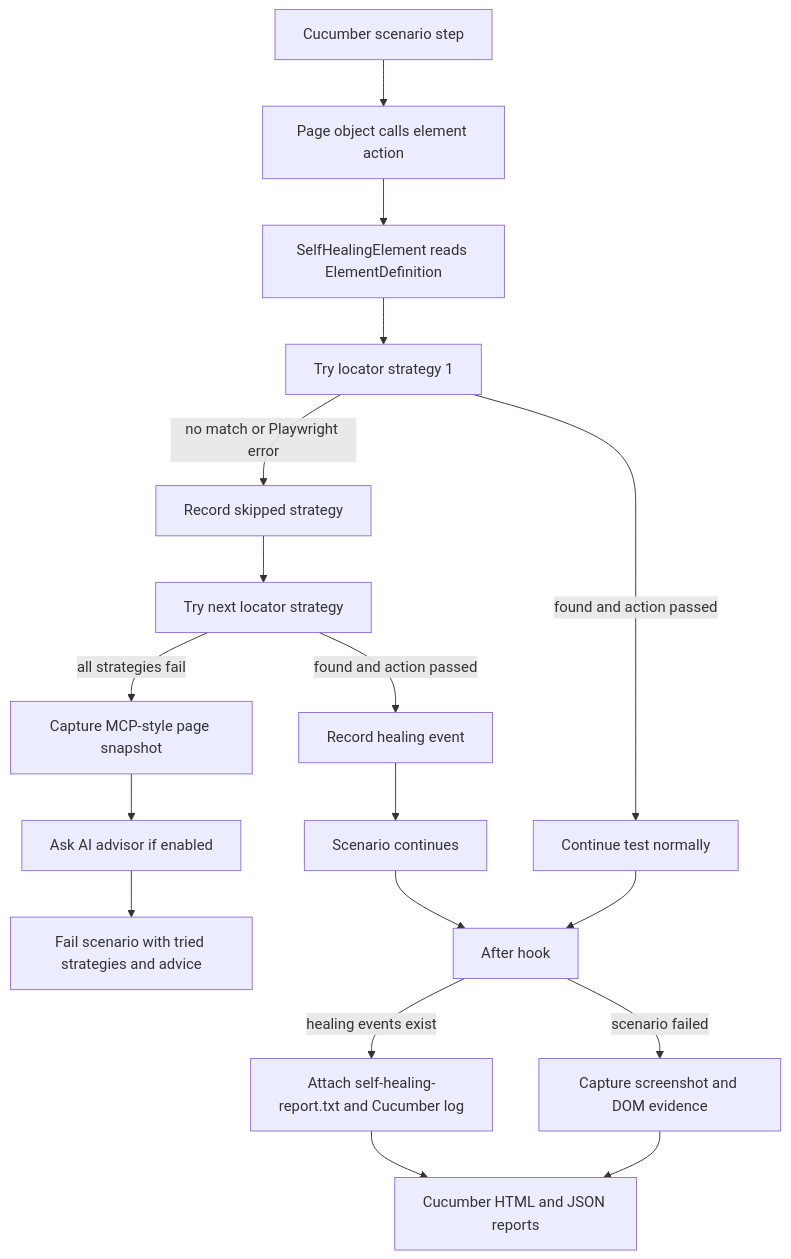
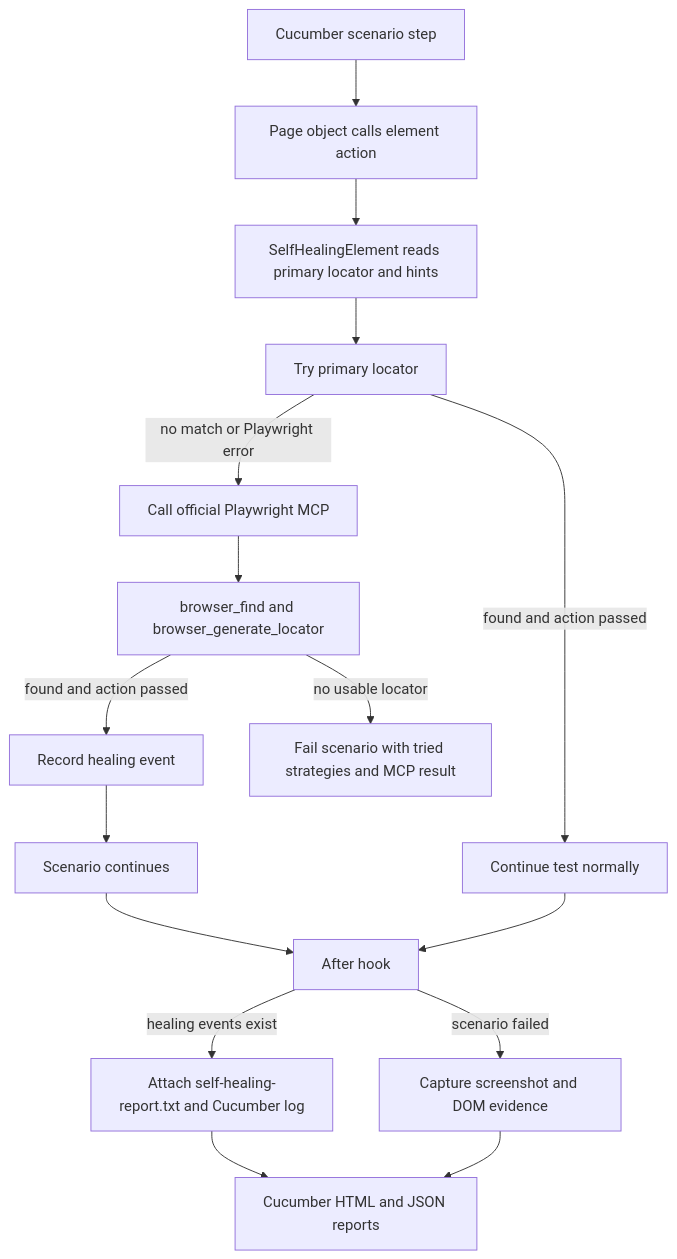
Before and after one commit to karthees05/playwright-self-healing: the first of 2 diagrams in README.md, drawn with Mermaid. The commit also changed other lines of this file and 15 other files, not shown here.

Commit message:
self healing framework using playwright mcp working init

````diff
--- a/README.md
+++ b/README.md
@@ -53,20 +55,18 @@
 ```mermaid
 flowchart TD
     A[Cucumber scenario step] --> B[Page object calls element action]
-    B --> C[SelfHealingElement reads ElementDefinition]
-    C --> D[Try locator strategy 1]
+    B --> C[SelfHealingElement reads primary locator and hints]
+    C --> D[Try primary locator]
     D -->|found and action passed| E[Continue test normally]
-    D -->|no match or Playwright error| F[Record skipped strategy]
-    F --> G[Try next locator strategy]
+    D -->|no match or Playwright error| F[Call official Playwright MCP]
+    F --> G[browser_find and browser_generate_locator]
     G -->|found and action passed| H[Record healing event]
     H --> I[Scenario continues]
-    G -->|all strategies fail| J[Capture MCP-style page snapshot]
-    J --> K[Ask AI advisor if enabled]
-    K --> L[Fail scenario with tried strategies and advice]
+    G -->|no usable locator| L[Fail scenario with tried strategies and MCP result]
     I --> M[After hook]
     E --> M
     M -->|healing events exist| N[Attach self-healing-report.txt and Cucumber log]
     M -->|scenario failed| O[Capture screenshot and DOM evidence]
     N --> P[Cucumber HTML and JSON reports]
     O --> P
 ```
````
